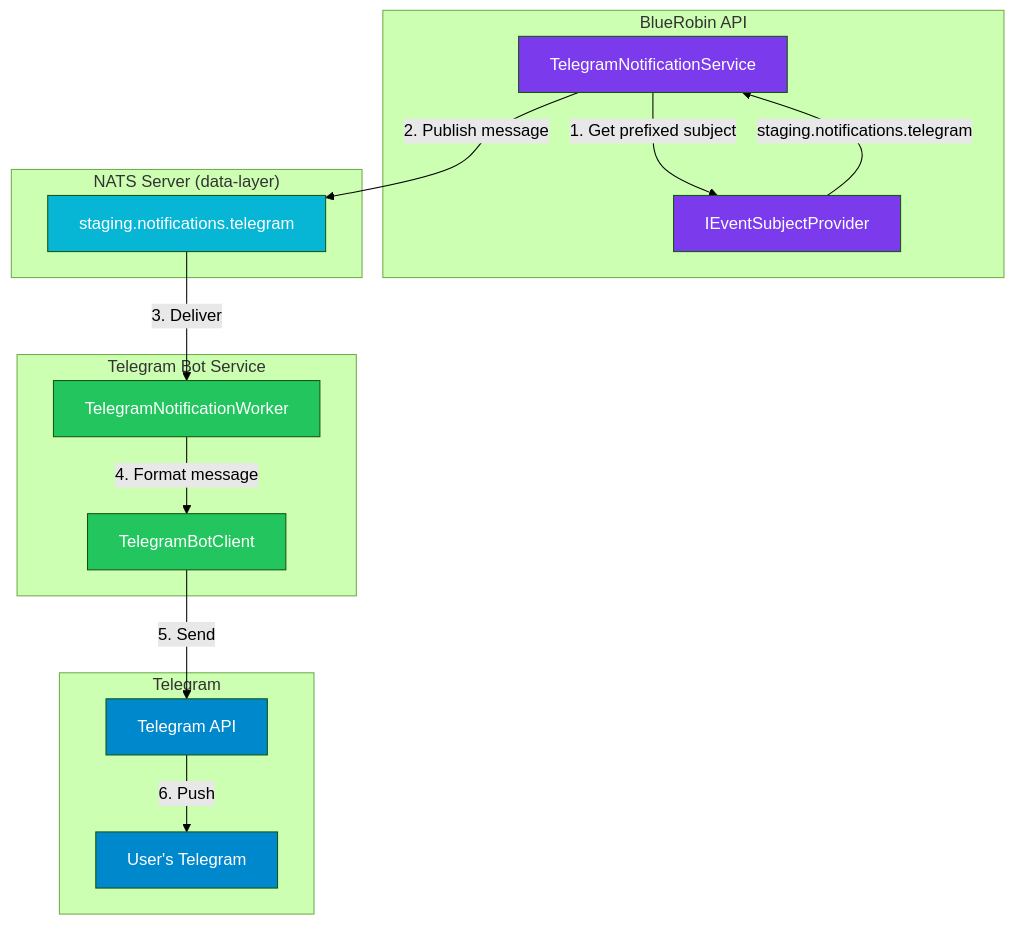
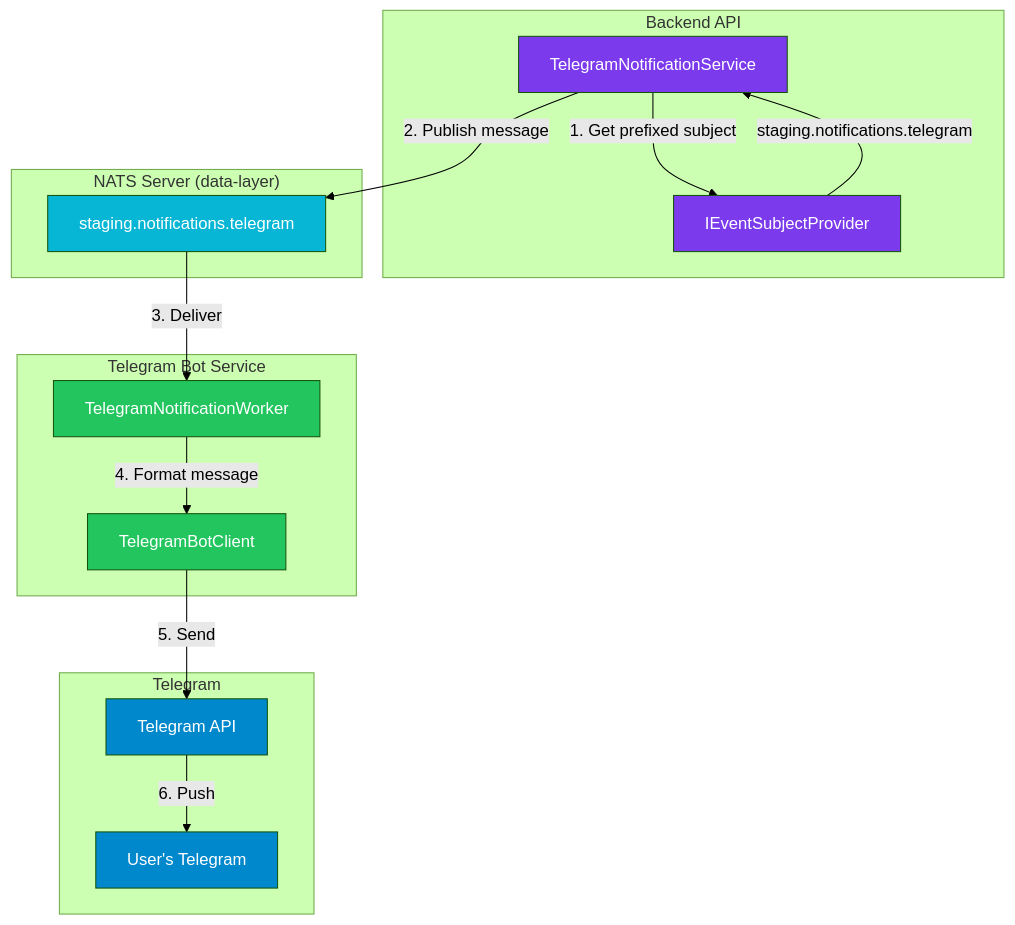
The first of 2 diagrams in src/content/blog/telegram-nats-notification-flow.mdx (viktorrobin/bluerobin-blog), drawn with Mermaid (forest theme) before and after one commit. The commit also changed other lines of this file and 111 other files, not shown here.

````diff
--- a/src/content/blog/telegram-nats-notification-flow.mdx
+++ b/src/content/blog/telegram-nats-notification-flow.mdx
@@ -34,39 +34,39 @@
 ```mermaid
 flowchart TB
-    subgraph API["BlueRobin API"]
+    subgraph API["Backend API"]
         Service[TelegramNotificationService]
         Provider[IEventSubjectProvider]
     end
     
     subgraph NATS["NATS Server (data-layer)"]
         Subject["staging.notifications.telegram"]
     end
     
     subgraph Bot["Telegram Bot Service"]
         Worker[TelegramNotificationWorker]
         Client[TelegramBotClient]
     end
     
     subgraph Telegram["Telegram"]
         Server[Telegram API]
         App[User's Telegram]
     end
     
     Service -->|1. Get prefixed subject| Provider
     Provider -->|"staging.notifications.telegram"| Service
     Service -->|2. Publish message| Subject
     Subject -->|3. Deliver| Worker
     Worker -->|4. Format message| Client
     Client -->|5. Send| Server
     Server -->|6. Push| App
     
     classDef api fill:#7c3aed,color:#fff
     classDef nats fill:#06b6d4,color:#fff
     classDef bot fill:#22c55e,color:#fff
     classDef telegram fill:#0088cc,color:#fff
     
     class Service,Provider api
     class Subject nats
     class Worker,Client bot
     class Server,App telegram
 ```
````
